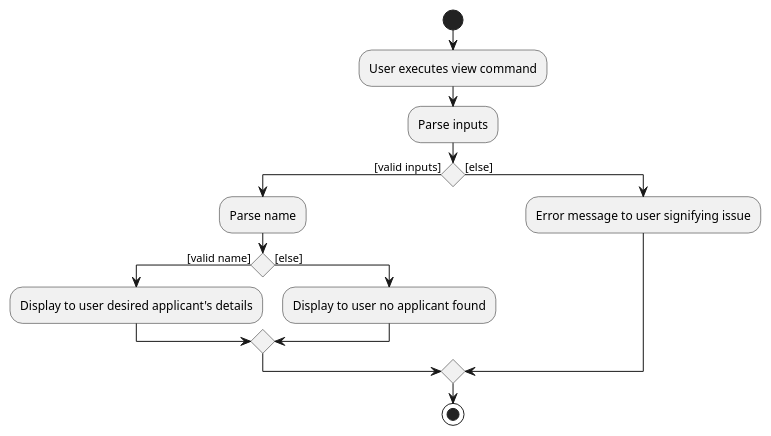
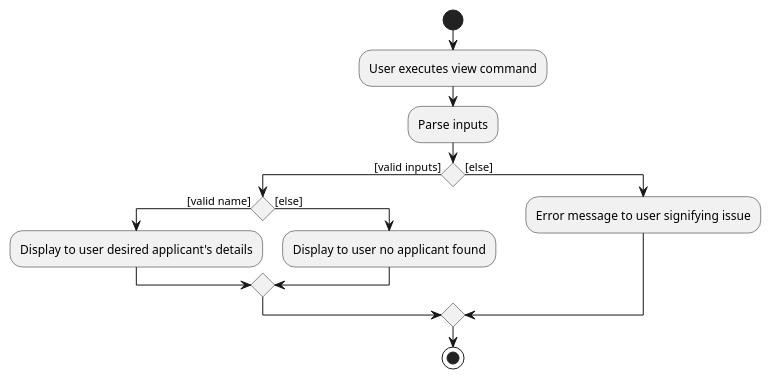
One commit to zzhikai/tp changed the diagram in docs/diagrams/ViewActivityDiagram.puml. Above: the diagram before and after it, drawn with PlantUML. The commit also changed 1 other file, not shown here.

Commit message:
- Minor updates to Ryan C's diagrams

```diff
--- a/docs/diagrams/ViewActivityDiagram.puml
+++ b/docs/diagrams/ViewActivityDiagram.puml
@@ -1,20 +1,20 @@
 @startuml
 'https://plantuml.com/activity-diagram-beta
 
 start
 :User executes view command;
 :Parse inputs;
 if () then ([valid inputs])
-:Parse name;
+
     if () then ([valid name])
     :Display to user desired applicant's details;
     else ([else])
     :Display to user no applicant found;
     endif
 else ([else])
 :Error message to user signifying issue;
 endif
 
 stop
 
 @enduml
```
